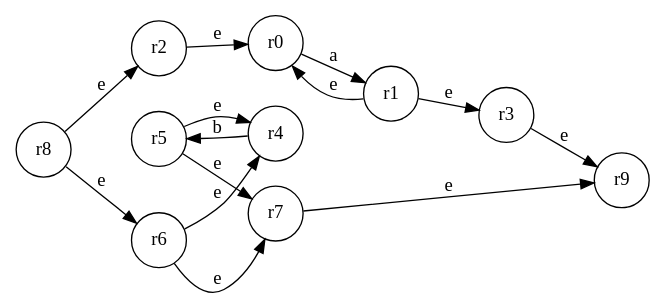
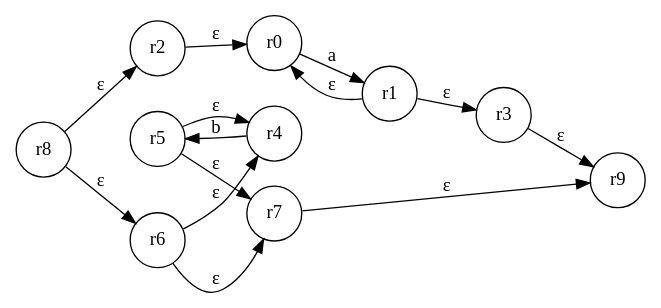
Before and after one commit to iangelmx/Parsers: the diagram in practica02_autom/salida.gv, drawn with Graphviz. The commit also changed 2 other files, not shown here.

```diff
--- a/practica02_autom/salida.gv
+++ b/practica02_autom/salida.gv
@@ -1,17 +1,17 @@
 digraph AFN{
 rankdir = LR;
 node [shape = "circle"];
 r0 -> r1 [label="a"];
-r1 -> r0 [label="e"];
-r1 -> r3 [label="e"];
-r2 -> r0 [label="e"];
-r3 -> r9 [label="e"];
+r1 -> r0 [label="&epsilon;"];
+r1 -> r3 [label="&epsilon;"];
+r2 -> r0 [label="&epsilon;"];
+r3 -> r9 [label="&epsilon;"];
 r4 -> r5 [label="b"];
-r5 -> r4 [label="e"];
-r5 -> r7 [label="e"];
-r6 -> r4 [label="e"];
-r6 -> r7 [label="e"];
-r7 -> r9 [label="e"];
-r8 -> r2 [label="e"];
-r8 -> r6 [label="e"];
+r5 -> r4 [label="&epsilon;"];
+r5 -> r7 [label="&epsilon;"];
+r6 -> r4 [label="&epsilon;"];
+r6 -> r7 [label="&epsilon;"];
+r7 -> r9 [label="&epsilon;"];
+r8 -> r2 [label="&epsilon;"];
+r8 -> r6 [label="&epsilon;"];
 }
```
